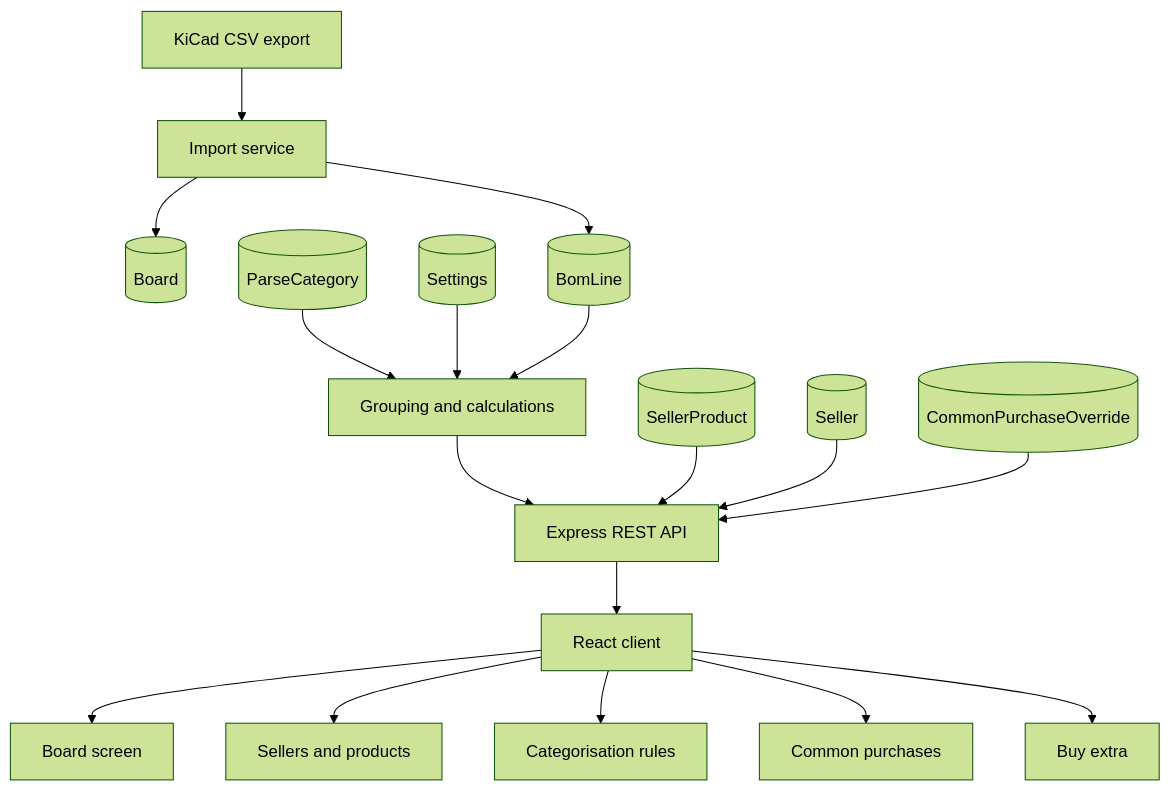
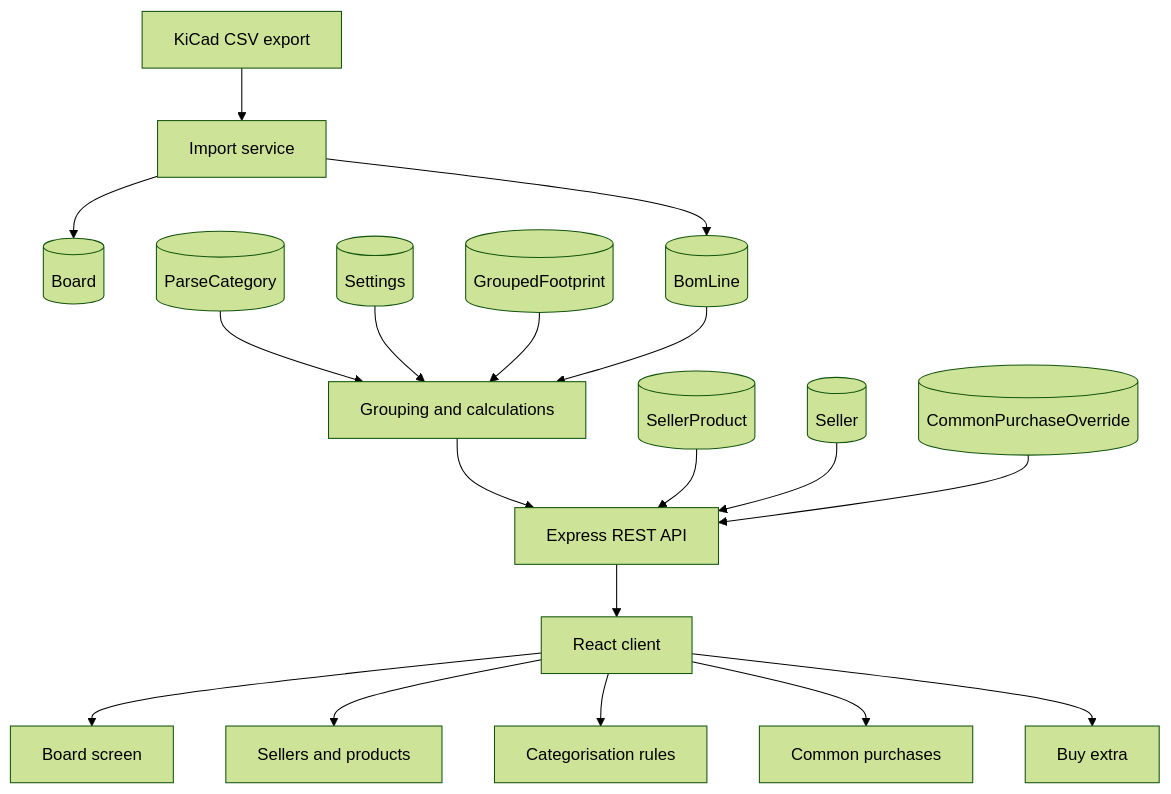
Before and after one commit to GrandFatherPikhto/BOMGenerator: the first of 2 diagrams in docs/architecture.md, drawn with Mermaid (forest theme). The commit also changed other lines of this file and 29 other files, not shown here.

````diff
--- a/docs/architecture.md
+++ b/docs/architecture.md
@@ -17,19 +17,20 @@
 ```mermaid
 flowchart TD
     CSV[KiCad CSV export] --> IMP[Import service]
     IMP --> BRD[(Board)]
     IMP --> BL[(BomLine)]
     CAT[(ParseCategory)] --> AGG[Grouping and calculations]
     ST[(Settings)] --> AGG
+    GF[(GroupedFootprint)] --> AGG
     BL --> AGG
     AGG --> API[Express REST API]
     SP[(SellerProduct)] --> API
     SEL[(Seller)] --> API
     CPO[(CommonPurchaseOverride)] --> API
     API --> UI[React client]
     UI --> S1[Board screen]
     UI --> S2[Sellers and products]
     UI --> S3[Categorisation rules]
     UI --> S4[Common purchases]
     UI --> S5[Buy extra]
 ```
````
